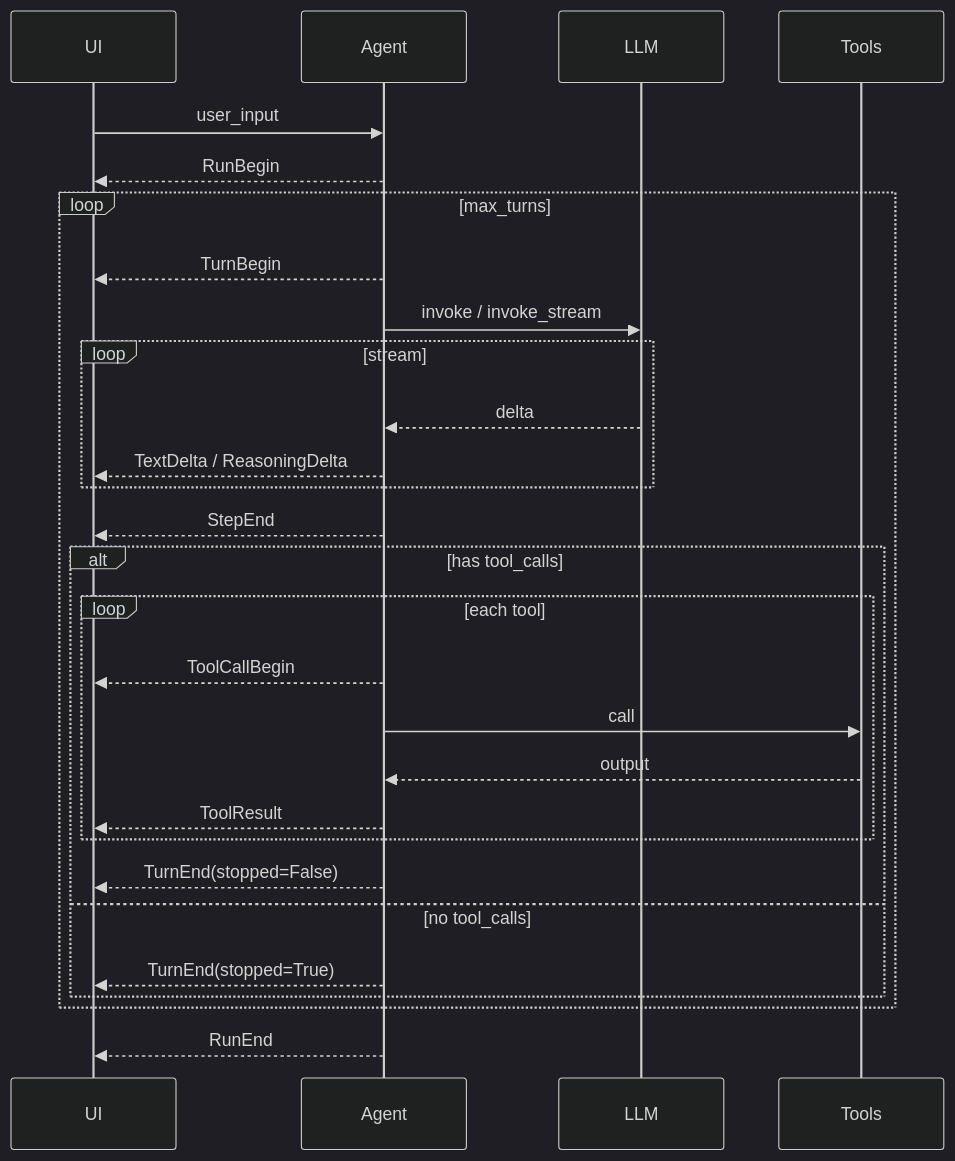
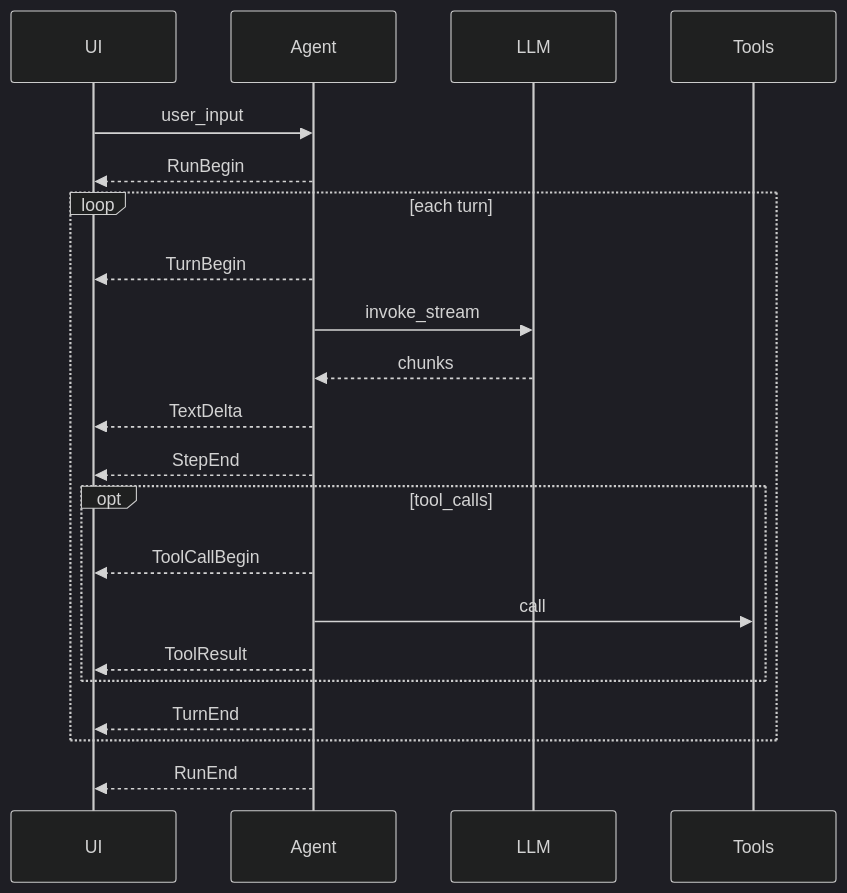
Before and after one commit to Mayerxjchen/ElectroMind: the diagram in docs/events.md, drawn with Mermaid (dark theme). The commit also changed 23 other files, not shown here.

First line of the commit message:
docs: add Mermaid diagrams and fix rendering

````diff
--- a/docs/events.md
+++ b/docs/events.md
@@ -119,31 +119,24 @@
 ```mermaid
 sequenceDiagram
-    participant UI
-    participant Agent
-    participant LLM
-    participant Tools
+  participant UI
+  participant Agent
+  participant LLM
+  participant Tools
 
-    UI->>Agent: user_input
-    Agent-->>UI: RunBegin
-    loop max_turns
-        Agent-->>UI: TurnBegin
-        Agent->>LLM: invoke / invoke_stream
-        loop stream
-            LLM-->>Agent: delta
-            Agent-->>UI: TextDelta / ReasoningDelta
-        end
-        Agent-->>UI: StepEnd
-        alt has tool_calls
-            loop each tool
-                Agent-->>UI: ToolCallBegin
-                Agent->>Tools: call
-                Tools-->>Agent: output
-                Agent-->>UI: ToolResult
-            end
-            Agent-->>UI: TurnEnd(stopped=False)
-        else no tool_calls
-            Agent-->>UI: TurnEnd(stopped=True)
-        end
+  UI->>Agent: user_input
+  Agent-->>UI: RunBegin
+  loop each turn
+    Agent-->>UI: TurnBegin
+    Agent->>LLM: invoke_stream
+    LLM-->>Agent: chunks
+    Agent-->>UI: TextDelta
+    Agent-->>UI: StepEnd
+    opt tool_calls
+      Agent-->>UI: ToolCallBegin
+      Agent->>Tools: call
+      Agent-->>UI: ToolResult
     end
-    Agent-->>UI: RunEnd
+    Agent-->>UI: TurnEnd
+  end
+  Agent-->>UI: RunEnd
 ```
````
